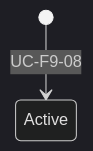
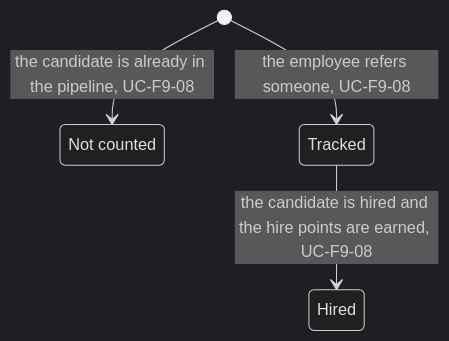
One commit to gpbcom/SimpleERP changed the second of 2 diagrams in docs/specs/02-functional/f09-hr-and-projects/data/e-f09-36-employee-referral.md. Above: the diagram before and after it, drawn with Mermaid (dark theme). The commit also changed other lines of this file and 8816 other files, not shown here.

````diff
--- a/docs/specs/02-functional/f09-hr-and-projects/data/e-f09-36-employee-referral.md
+++ b/docs/specs/02-functional/f09-hr-and-projects/data/e-f09-36-employee-referral.md
@@ -25,4 +51,7 @@
 ```mermaid
 stateDiagram-v2
-  [*] --> Active : UC-F9-08
+  state "Not counted" as NotCounted
+  [*] --> Tracked : the employee refers someone, UC-F9-08
+  [*] --> NotCounted : the candidate is already in the pipeline, UC-F9-08
+  Tracked --> Hired : the candidate is hired and the hire points are earned, UC-F9-08
 ```
````
